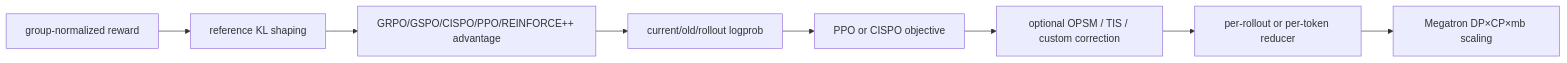
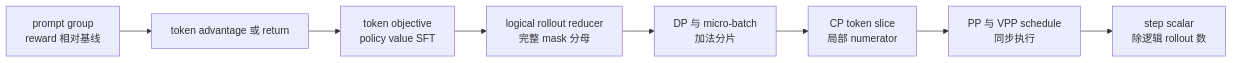
Before and after one commit to suhaibo666/llm-knowledge: the diagram in wiki/02_engineering/04_posttrain_frameworks/slime/15_slime_loss_parallelism_analysis.md, drawn with Mermaid. The commit also changed other lines of this file and 2 other files, not shown here.

````diff
--- a/wiki/02_engineering/04_posttrain_frameworks/slime/15_slime_loss_parallelism_analysis.md
+++ b/wiki/02_engineering/04_posttrain_frameworks/slime/15_slime_loss_parallelism_analysis.md
@@ -9,10 +22,10 @@
 ```mermaid
 flowchart LR
-    RW["group-normalized reward"] --> KL["reference KL shaping"]
-    KL --> ADV["GRPO/GSPO/CISPO/PPO/REINFORCE++ advantage"]
-    ADV --> LP["current/old/rollout logprob"]
-    LP --> OBJ["PPO or CISPO objective"]
-    OBJ --> CORR["optional OPSM / TIS / custom correction"]
-    CORR --> RED["per-rollout or per-token reducer"]
-    RED --> SCALE["Megatron DP×CP×mb scaling"]
+    PG["prompt group<br/>reward 相对基线"] --> ADV["token advantage 或 return"]
+    ADV --> OBJ["token objective<br/>policy value SFT"]
+    OBJ --> RID["logical rollout reducer<br/>完整 mask 分母"]
+    RID --> DP["DP 与 micro-batch<br/>加法分片"]
+    DP --> CP["CP token slice<br/>局部 numerator"]
+    CP --> PP["PP 与 VPP schedule<br/>同步执行"]
+    PP --> STEP["step scalar<br/>除逻辑 rollout 数"]
 ```
````
